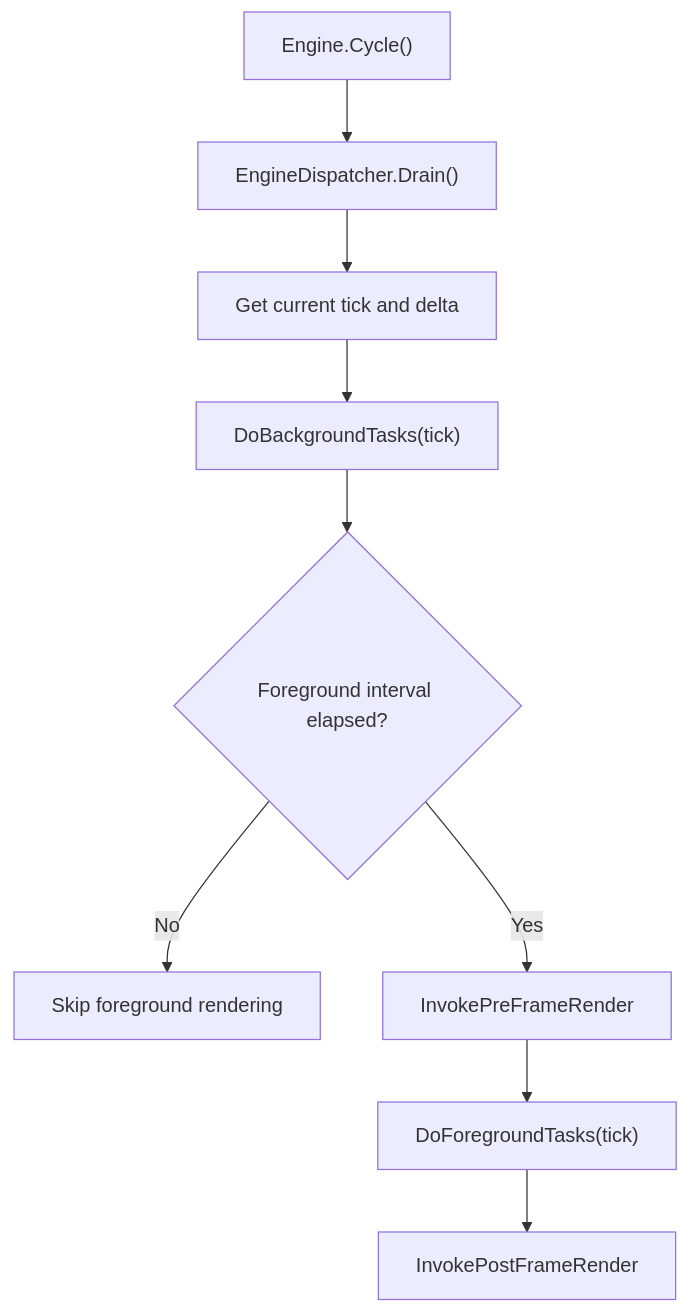
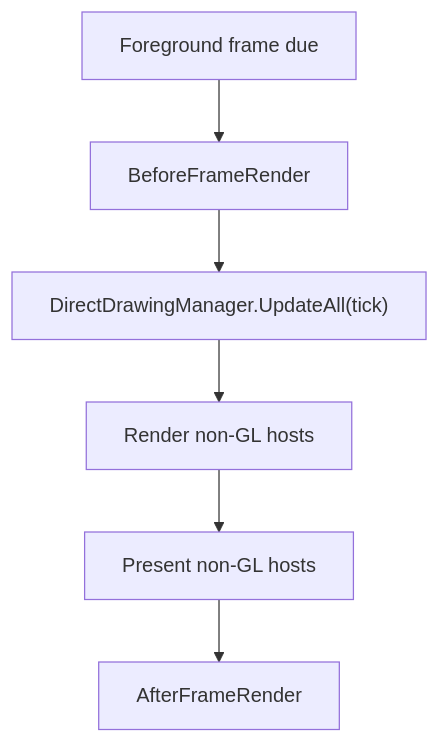
One commit to Isthimius/Gondwana changed the second of 4 diagrams in docs/wiki/Bitmap-Rendering-Path.md. Above: the diagram before and after it, drawn with Mermaid. The commit also changed other lines of this file, not shown here.

Commit message:
docs(wiki): update bitmap rendering path

````diff
--- a/docs/wiki/Bitmap-Rendering-Path.md
+++ b/docs/wiki/Bitmap-Rendering-Path.md
@@ -45,11 +79,8 @@
 ```mermaid
 flowchart TD
-    A["Engine.Cycle()"] --> B["EngineDispatcher.Drain()"]
-    B --> C["Get current tick and delta"]
-    C --> D["DoBackgroundTasks(tick)"]
-    D --> E{"Foreground interval elapsed?"}
-    E -- No --> F["Skip foreground rendering"]
-    E -- Yes --> G["InvokePreFrameRender"]
-    G --> H["DoForegroundTasks(tick)"]
-    H --> I["InvokePostFrameRender"]
+    A["Foreground frame due"] --> B["BeforeFrameRender"]
+    B --> C["DirectDrawingManager.UpdateAll(tick)"]
+    C --> D["Render non-GL hosts"]
+    D --> E["Present non-GL hosts"]
+    E --> F["AfterFrameRender"]
 ```
````
